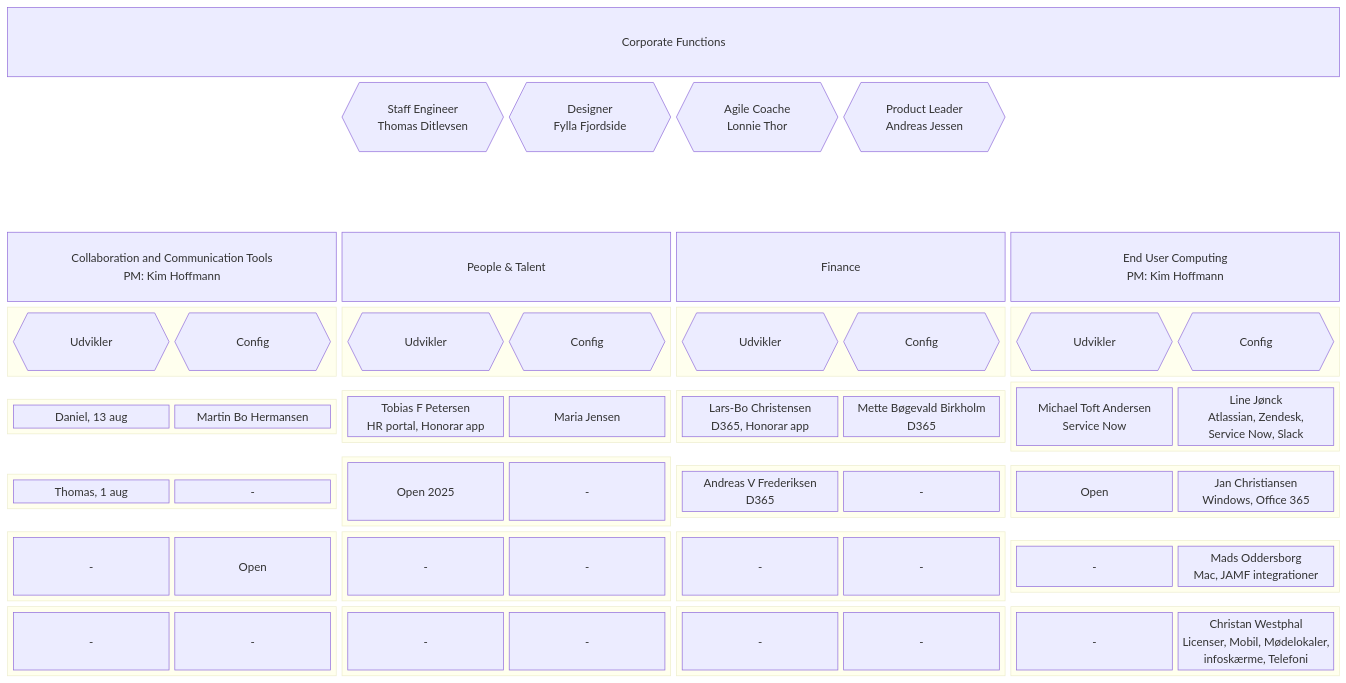
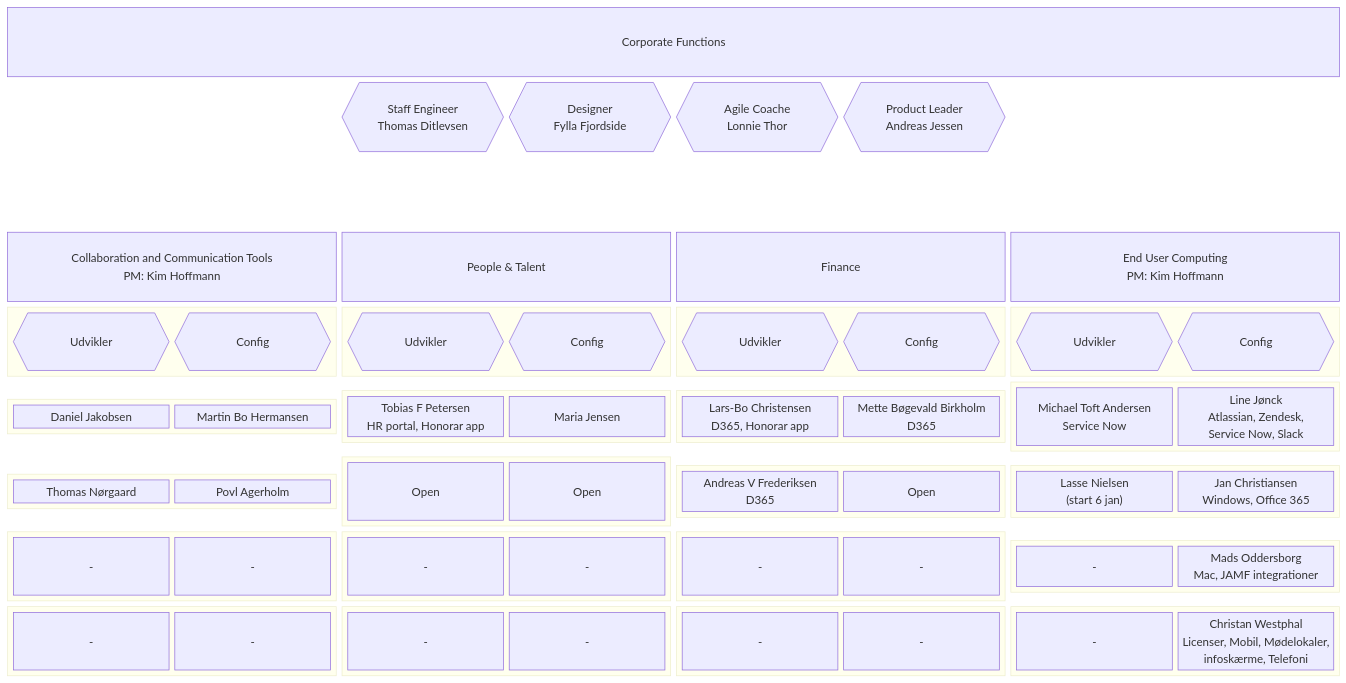
One commit to klind/Mermaidchart changed the diagram in CorporateFunctionsDiagram.md. Above: the diagram before and after it, drawn with Mermaid.

````diff
--- a/CorporateFunctionsDiagram.md
+++ b/CorporateFunctionsDiagram.md
@@ -42,7 +42,7 @@
         %% -
         block:cct1:2
             columns 2
-            Developer1["Daniel, 13 aug"]
+            Developer1["Daniel Jakobsen"]
             Config1["Martin Bo Hermansen"]
         end
 
@@ -72,26 +72,27 @@
         %% -
         block:cct2:2
             columns 2
-            Developer5["Thomas, 1 aug"]
-            Config5["-"]
+            Developer5["Thomas Nørgaard"]
+            Config5["Povl Agerholm"]
         end
 
         block:pt2:2
             columns 2
-            Developer6["Open 2025"]
-            Config6["-"]
+            Developer6["Open"]
+            Config6["Open"]
         end
 
         block:finance2:2
             columns 2
             Developer7["Andreas V Frederiksen
             D365"]
-            Config7["-"]
+            Config7["Open"]
         end
 
         block:euc2:2
             columns 2
-            Developer8["Open"]
+            Developer8["Lasse Nielsen 
+            (start 6 jan)"]
             Config8["Jan Christiansen
             Windows, Office 365"]
         end
@@ -99,7 +100,7 @@
         block:cct3:2
             columns 2
             Developer9["-"]
-            Config9["Open"]
+            Config9["-"]
         end
 
         block:pt3:2
@@ -148,5 +149,4 @@
             infoskærme, Telefoni"]
         end
         %% -
-        
 ```
````
